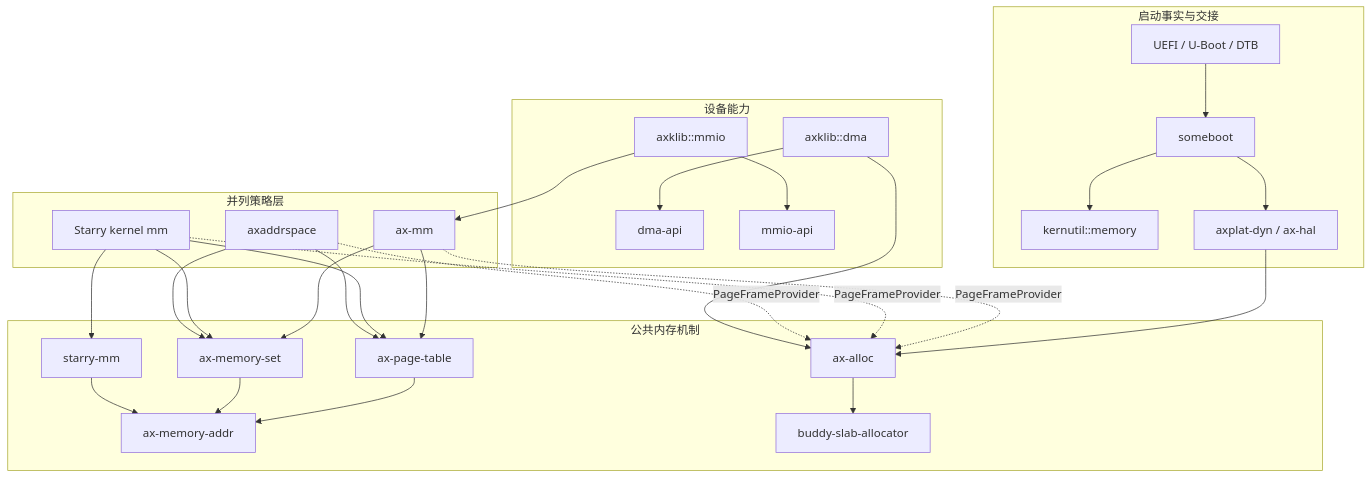
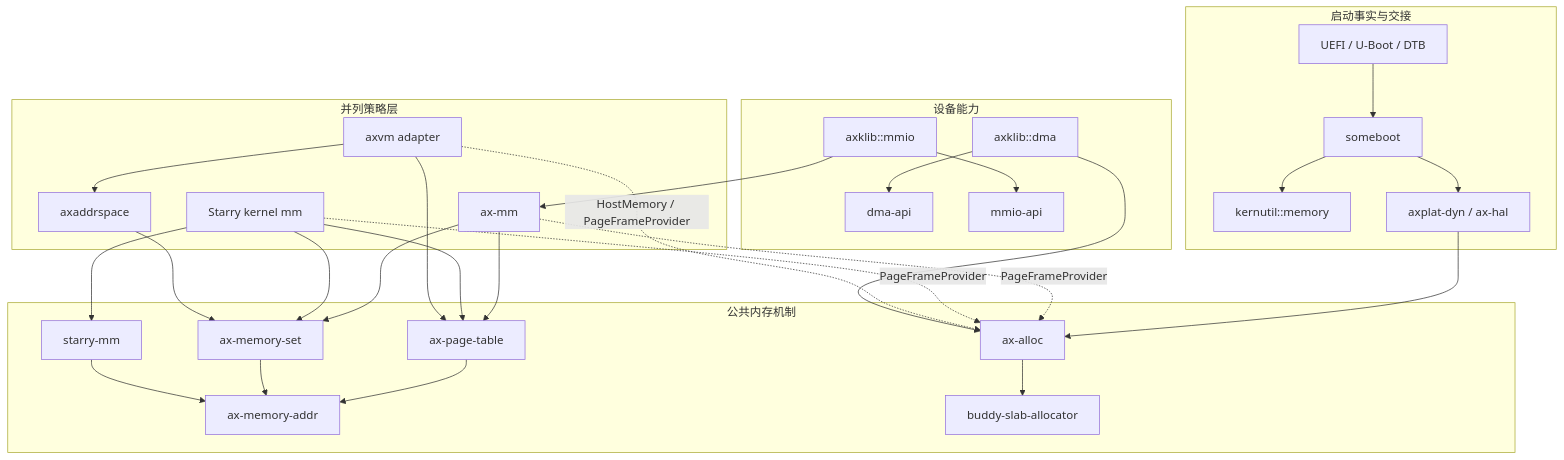
One commit to rcore-os/tgoskits changed the diagram in docs/docs/architecture/memory/source-map.md. Above: the diagram before and after it, drawn with Mermaid. The commit also changed other lines of this file and 9 other files, not shown here.

Commit message:
docs(memory): extract axaddrspace guest policy into dedicated doc

````diff
--- a/docs/docs/architecture/memory/source-map.md
+++ b/docs/docs/architecture/memory/source-map.md
@@ -60,40 +60,41 @@
 ```mermaid
 flowchart TB
     subgraph Boot["启动事实与交接"]
         FW["UEFI / U-Boot / DTB"] --> SB["someboot"]
         SB --> KU["kernutil::memory"]
         SB --> PLAT["axplat-dyn / ax-hal"]
     end
 
     subgraph Core["公共内存机制"]
         ADDR["ax-memory-addr"]
         ALLOC["ax-alloc"] --> BUDDY["buddy-slab-allocator"]
         PT["ax-page-table"] --> ADDR
         SET["ax-memory-set"] --> ADDR
         SMM["starry-mm"] --> ADDR
     end
 
     subgraph Policy["并列策略层"]
         AXMM["ax-mm"] --> SET
         AXMM --> PT
         STARRY["Starry kernel mm"] --> SMM
         STARRY --> SET
         STARRY --> PT
         GUEST["axaddrspace"] --> SET
-        GUEST --> PT
+        AXVM["axvm adapter"] --> GUEST
+        AXVM --> PT
     end
 
     subgraph Device["设备能力"]
         DMA["dma-api"]
         MMIO["mmio-api"]
         KDMA["axklib::dma"] --> DMA
         KMMIO["axklib::mmio"] --> MMIO
     end
 
     PLAT --> ALLOC
     AXMM -. "PageFrameProvider" .-> ALLOC
     STARRY -. "PageFrameProvider" .-> ALLOC
-    GUEST -. "PageFrameProvider" .-> ALLOC
+    AXVM -. "HostMemory / PageFrameProvider" .-> ALLOC
     KDMA --> ALLOC
     KMMIO --> AXMM
 ```
````
